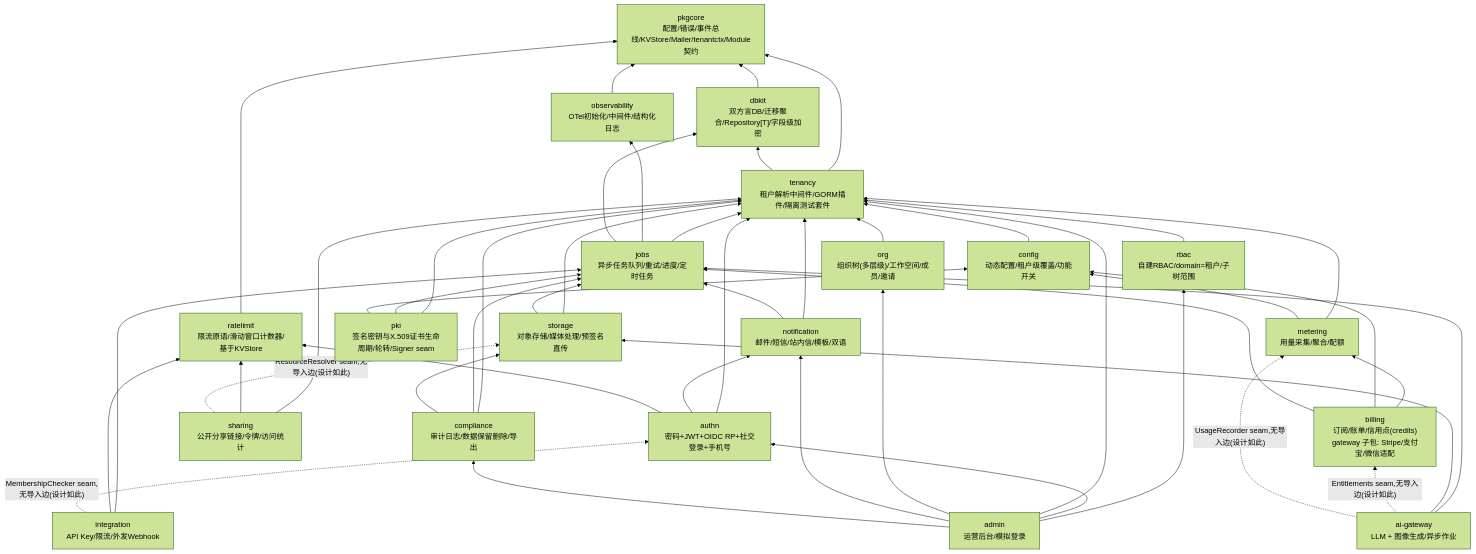
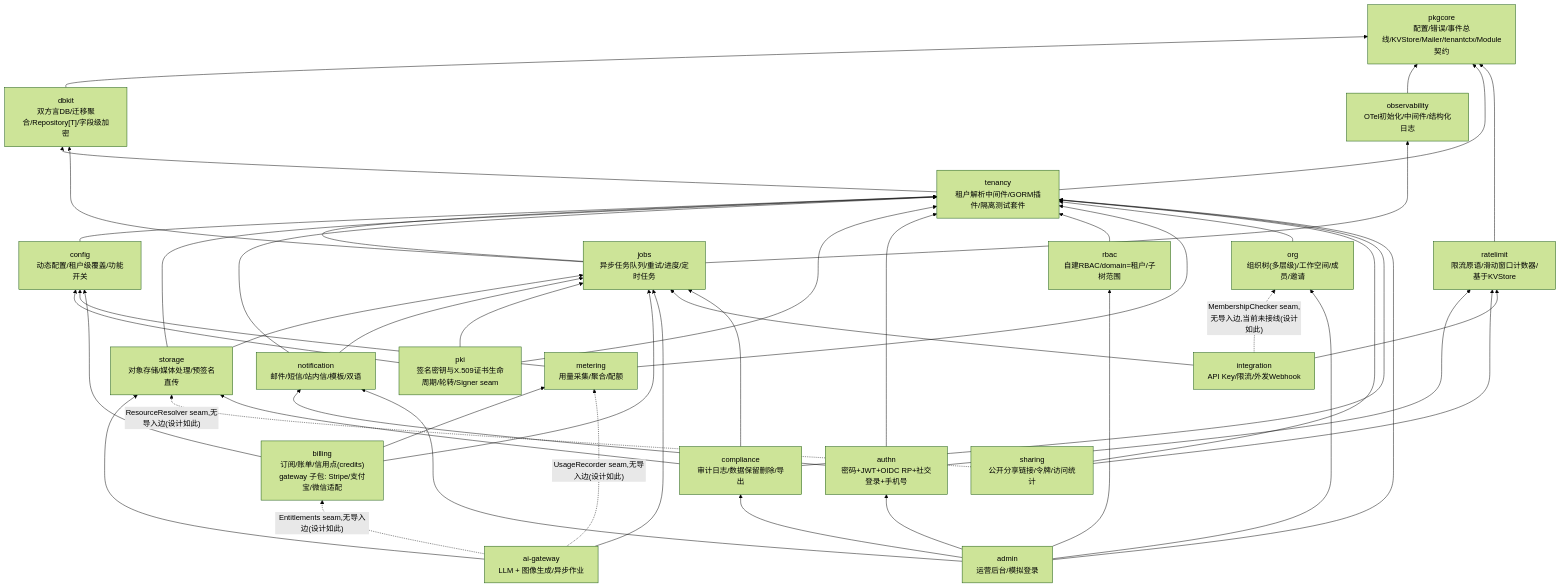
The diagram in docs/internal/01-architecture.md (vislake/speed), drawn with Mermaid (forest theme) before and after one commit. The commit also changed other lines of this file, not shown here.

Commit message:
docs(internal): point the integration MembershipChecker edge at org, not authn
go/integration/seams.go's own doc comment says membership is owned by
whichever module actually tracks tenant membership -- go/org's roster
in this codebase, but 'nothing requires that' -- and never names authn.
A repo-wide grep for WithMembershipChecker( only hits its own
definition, so the seam is also currently unwired, unlike the
ai-gateway and sharing seams the same legend paragraph groups it with
(those two have a concretely named target or real wiring in the
reference app). Redirect the edge to org and add a legend caveat so
the diagram stops asserting a resolved authn-specific design decision
that neither the cited source nor any code supports.

````diff
--- a/docs/internal/01-architecture.md
+++ b/docs/internal/01-architecture.md
@@ -10,69 +10,69 @@
 ```mermaid
 graph BT
     pkgcore["pkgcore<br/>配置/错误/事件总线/KVStore/Mailer/tenantctx/Module契约"]
     dbkit["dbkit<br/>双方言DB/迁移聚合/Repository[T]/字段级加密"]
     obs["observability<br/>OTel初始化/中间件/结构化日志"]
     tenancy["tenancy<br/>租户解析中间件/GORM插件/隔离测试套件"]
     ratelimit["ratelimit<br/>限流原语/滑动窗口计数器/基于KVStore"]
     cfg["config<br/>动态配置/租户级覆盖/功能开关"]
     jobs["jobs<br/>异步任务队列/重试/进度/定时任务"]
     storage["storage<br/>对象存储/媒体处理/预签名直传"]
     notify["notification<br/>邮件/短信/站内信/模板/双语"]
     pki["pki<br/>签名密钥与X.509证书生命周期/轮转/Signer seam"]
     authn["authn<br/>密码+JWT+OIDC RP+社交登录+手机号"]
     rbac["rbac<br/>自建RBAC/domain=租户/子树范围"]
     metering["metering<br/>用量采集/聚合/配额"]
     org["org<br/>组织树(多层级)/工作空间/成员/邀请"]
     billing["billing<br/>订阅/账单/信用点(credits)<br/>gateway 子包: Stripe/支付宝/微信适配"]
     ai["ai-gateway<br/>LLM + 图像生成/异步作业"]
     sharing["sharing<br/>公开分享链接/令牌/访问统计"]
     integ["integration<br/>API Key/限流/外发Webhook"]
     comp["compliance<br/>审计日志/数据保留删除/导出"]
     admin["admin<br/>运营后台/模拟登录"]
 
     dbkit --> pkgcore
     obs --> pkgcore
     tenancy --> pkgcore
     tenancy --> dbkit
     ratelimit --> pkgcore
     cfg --> tenancy
     jobs --> tenancy
     jobs --> obs
     jobs --> dbkit
     storage --> tenancy
     storage --> jobs
     notify --> tenancy
     notify --> jobs
     pki --> tenancy
     pki --> jobs
     pki --> cfg
     authn --> tenancy
     authn --> notify
     authn --> ratelimit
     rbac --> tenancy
     metering --> tenancy
     metering --> cfg
     org --> tenancy
     billing --> metering
     billing --> cfg
     billing --> jobs
     ai --> jobs
     ai --> storage
     ai -.->|"Entitlements seam,无导入边(设计如此)"| billing
     ai -.->|"UsageRecorder seam,无导入边(设计如此)"| metering
     sharing --> tenancy
     sharing --> ratelimit
     sharing -.->|"ResourceResolver seam,无导入边(设计如此)"| storage
     integ --> jobs
     integ --> ratelimit
-    integ -.->|"MembershipChecker seam,无导入边(设计如此)"| authn
+    integ -.->|"MembershipChecker seam,无导入边,当前未接线(设计如此)"| org
     comp --> tenancy
     comp --> jobs
     comp --> storage
     admin --> rbac
     admin --> authn
     admin --> tenancy
     admin --> org
     admin --> notify
     admin --> comp
 ```
````
